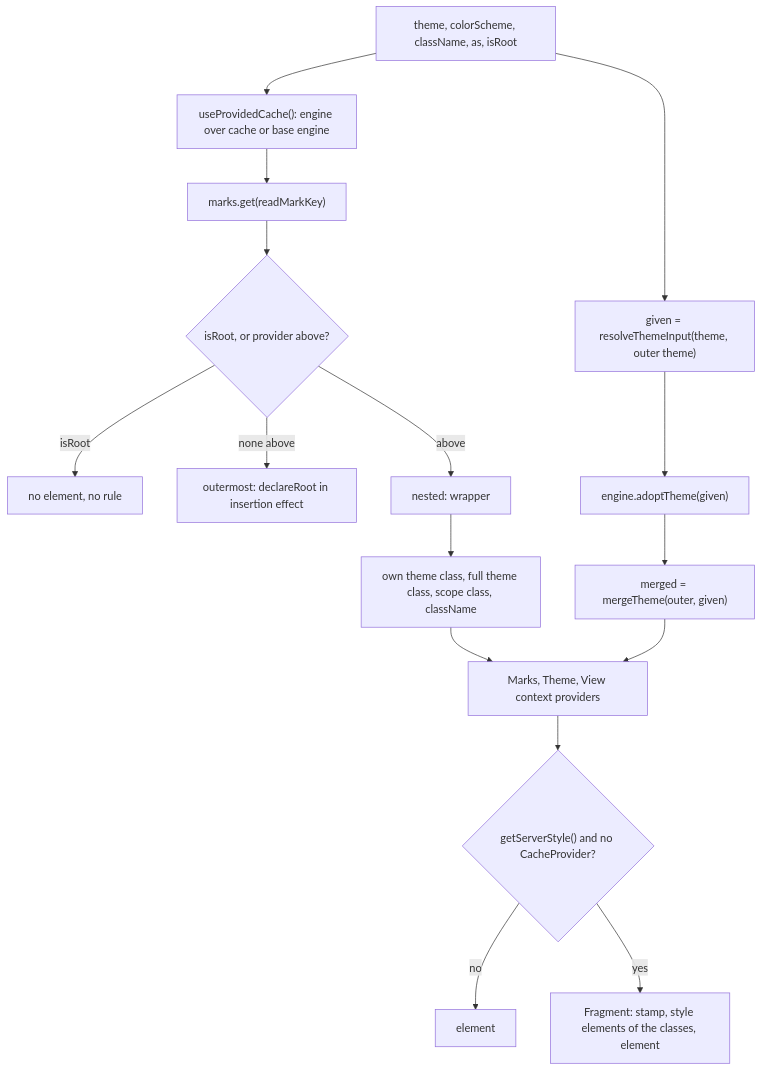
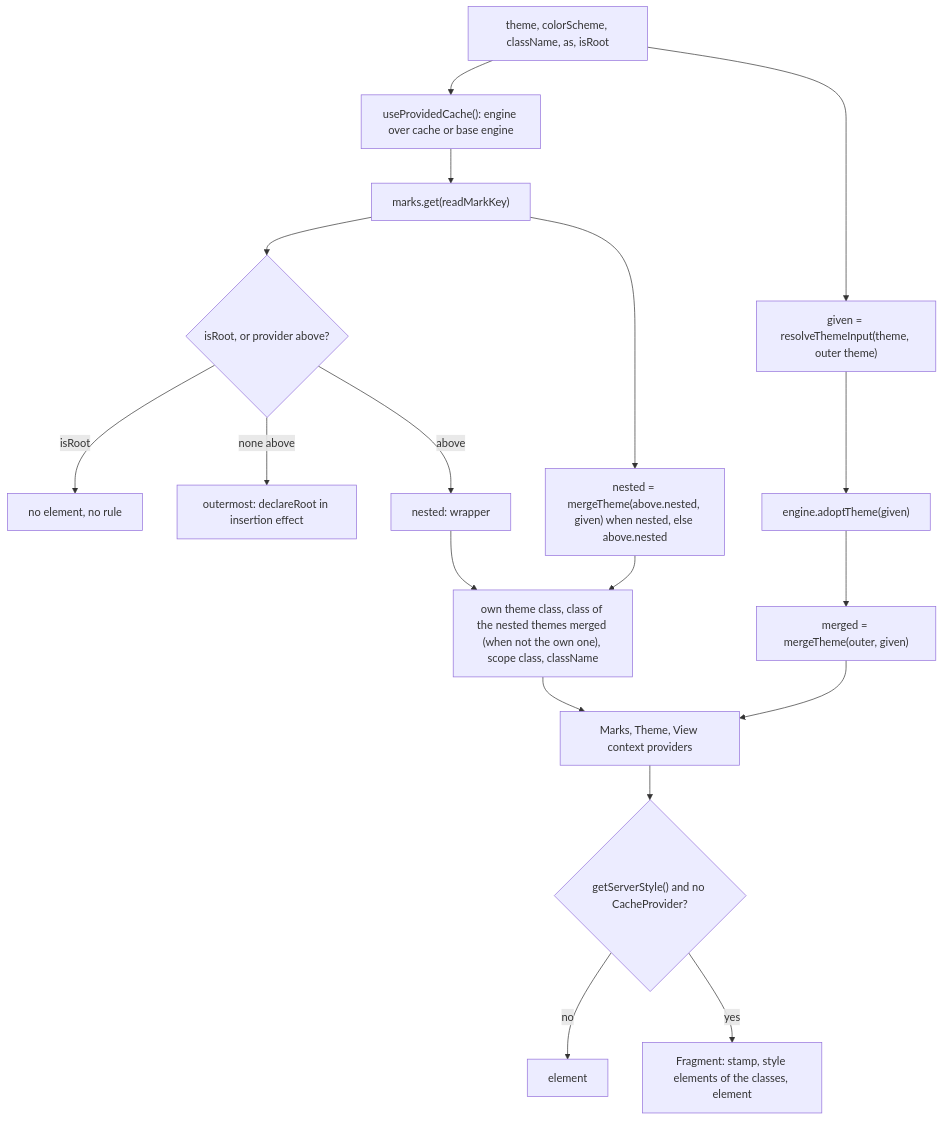
Before and after one commit to soroush-tech/umber-style: the diagram in packages/react/src/ThemeProvider.md, drawn with Mermaid. The commit also changed other lines of this file and 85 other files, not shown here.

Commit message:
feat: outside production each rule is written as text in a style element of its own, the option is named speedy, and a nested theme leaves the tokens it does not change to the theme of the page - close #52

````diff
--- a/packages/react/src/ThemeProvider.md
+++ b/packages/react/src/ThemeProvider.md
@@ -21,18 +21,20 @@
 ```mermaid
 flowchart TD
   props["theme, colorScheme, className, as, isRoot"] --> cache["useProvidedCache(): engine over cache or base engine"]
   cache --> above["marks.get(readMarkKey)"]
   above --> role{"isRoot, or provider above?"}
   role -->|isRoot| rootRole["no element, no rule"]
   role -->|none above| outer["outermost: declareRoot in insertion effect"]
   role -->|above| nested["nested: wrapper"]
   props --> given["given = resolveThemeInput(theme, outer theme)"]
   given --> adopt["engine.adoptTheme(given)"]
   adopt --> merged["merged = mergeTheme(outer, given)"]
-  nested --> classes["own theme class, full theme class, scope class, className"]
+  above --> nestedTheme["nested = mergeTheme(above.nested, given) when nested, else above.nested"]
+  nestedTheme --> classes
+  nested --> classes["own theme class, class of the nested themes merged (when not the own one), scope class, className"]
   merged --> contexts["Marks, Theme, View context providers"]
   classes --> contexts
   contexts --> server{"getServerStyle() and no CacheProvider?"}
   server -->|no| out["element"]
   server -->|yes| styled["Fragment: stamp, style elements of the classes, element"]
 ```
````
